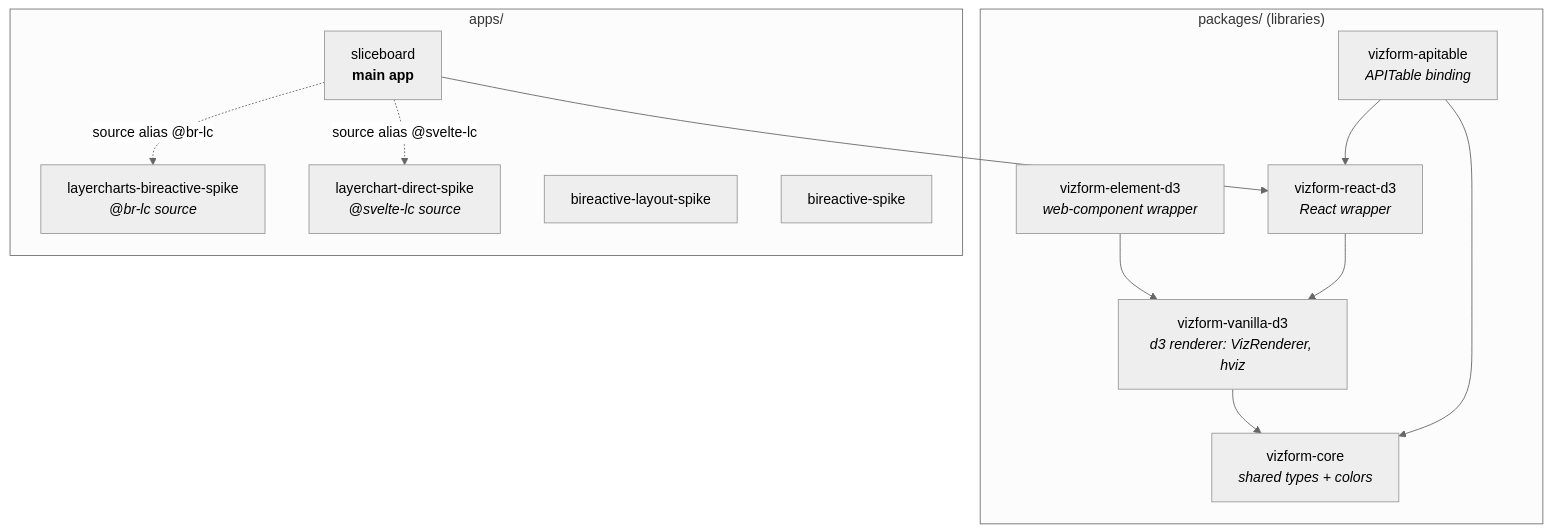
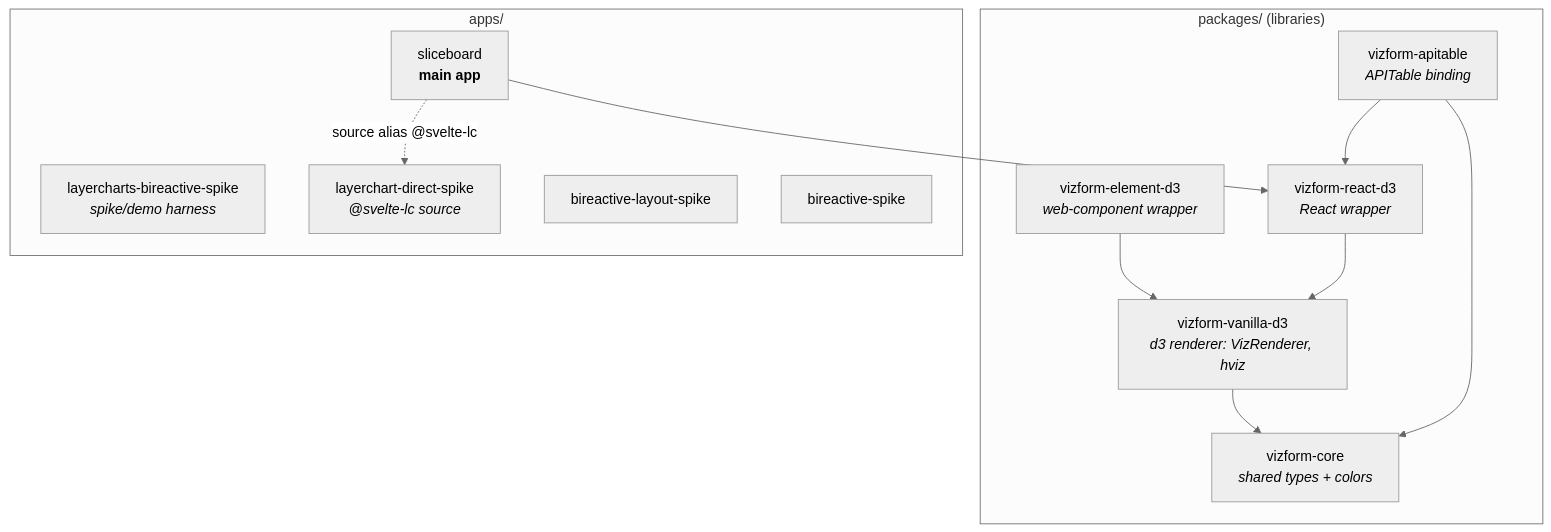
The first of 2 diagrams in docs/dependencies.md (WinstonFassett/hotbook), drawn with Mermaid (neutral theme) before and after one commit. The commit also changed other lines of this file and 1 other file, not shown here.

First line of the commit message:
docs/chore: update deps map + lockfile for vizform-charts extraction

````diff
--- a/docs/dependencies.md
+++ b/docs/dependencies.md
@@ -12,27 +12,26 @@
 ```mermaid
 graph TD
   subgraph pkgs["packages/ (libraries)"]
     core["vizform-core<br/><i>shared types + colors</i>"]
     vanilla["vizform-vanilla-d3<br/><i>d3 renderer: VizRenderer, hviz</i>"]
     elem["vizform-element-d3<br/><i>web-component wrapper</i>"]
     reactd3["vizform-react-d3<br/><i>React wrapper</i>"]
     apitable["vizform-apitable<br/><i>APITable binding</i>"]
   end
 
   subgraph apps["apps/"]
     slice["sliceboard<br/><b>main app</b>"]
-    brlc["layercharts-bireactive-spike<br/><i>@br-lc source</i>"]
+    brlc["layercharts-bireactive-spike<br/><i>spike/demo harness</i>"]
     sveltelc["layerchart-direct-spike<br/><i>@svelte-lc source</i>"]
     nativelayout["bireactive-layout-spike"]
     brspike["bireactive-spike"]
   end
 
   vanilla --> core
   elem --> vanilla
   reactd3 --> vanilla
   apitable --> core
   apitable --> reactd3
   slice --> reactd3
-  slice -. "source alias @br-lc" .-> brlc
   slice -. "source alias @svelte-lc" .-> sveltelc
 ```
````
